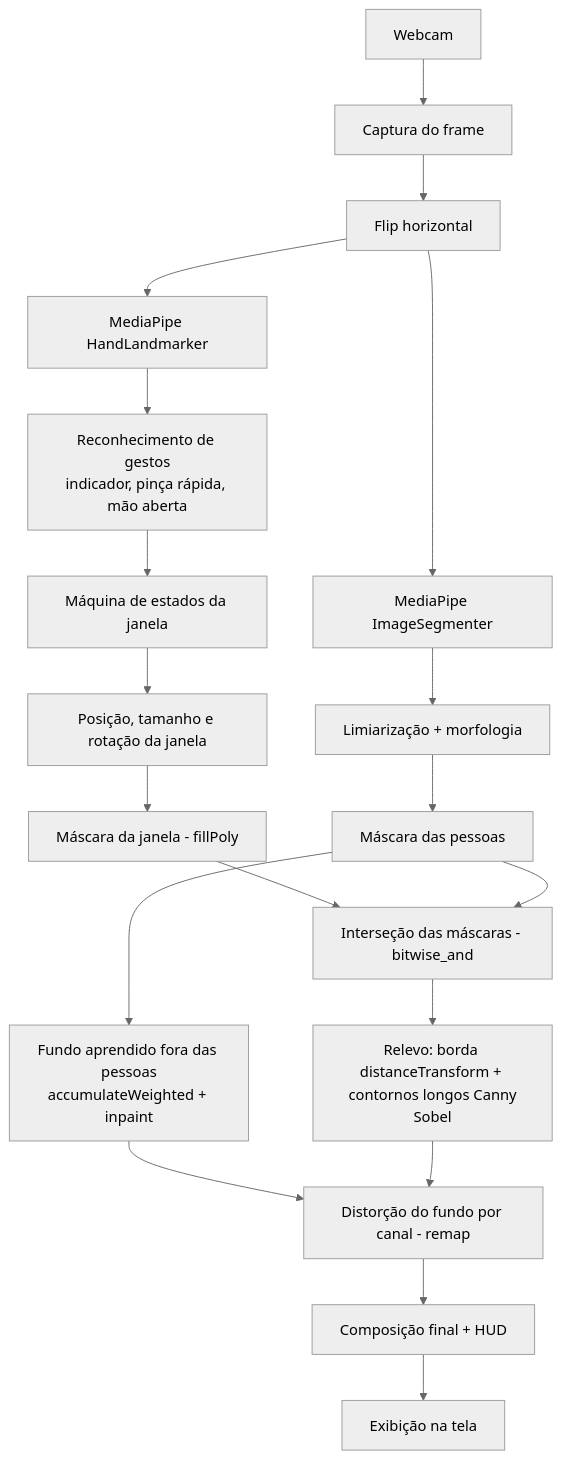
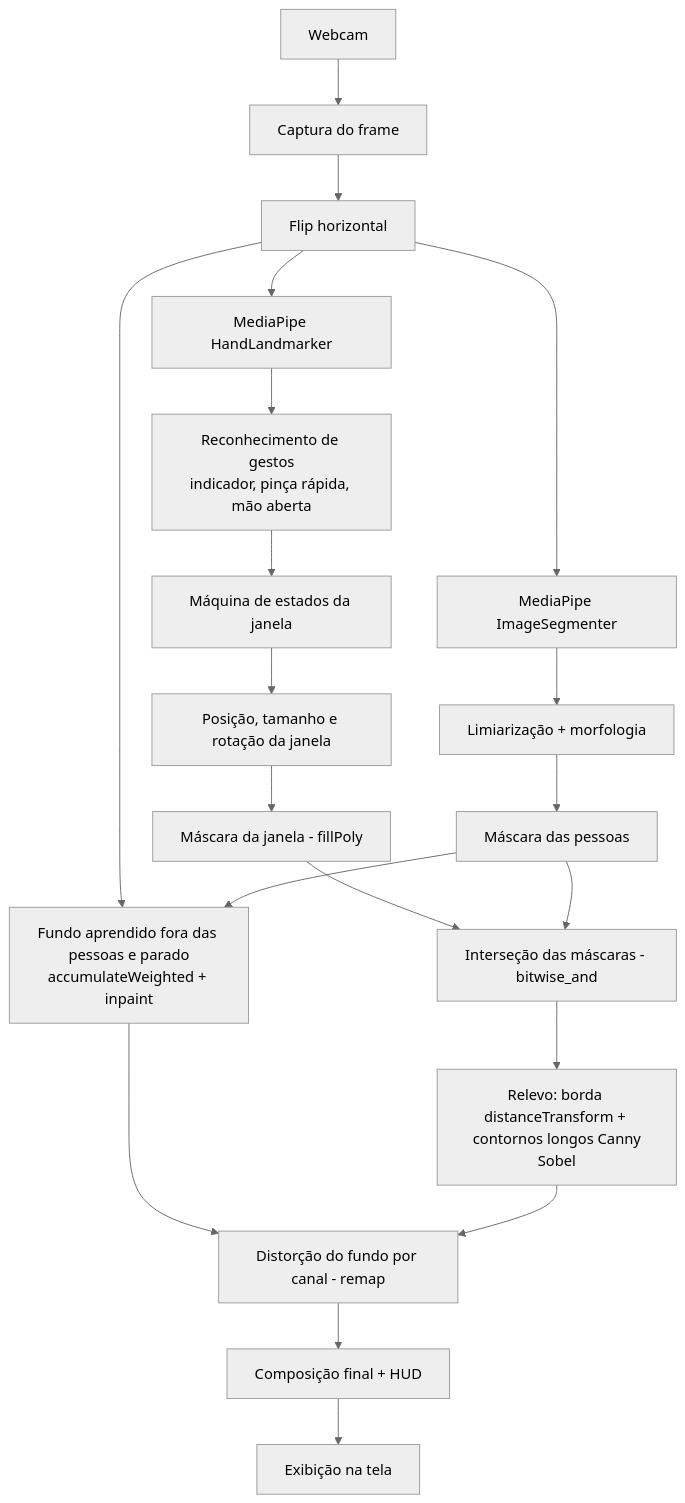
The first of 2 diagrams in README.md (hPedro11/invisible-box), drawn with Mermaid (neutral theme) before and after one commit. The commit also changed other lines of this file and 6 other files, not shown here.

````diff
--- a/README.md
+++ b/README.md
@@ -50,24 +50,25 @@
 ```mermaid
 flowchart TD
     A[Webcam] --> B[Captura do frame]
     B --> C[Flip horizontal]
     C --> D[MediaPipe HandLandmarker]
     C --> E[MediaPipe ImageSegmenter]
 
     D --> F[Reconhecimento de gestos<br/>indicador, pinça rápida, mão aberta]
     F --> G[Máquina de estados da janela]
     G --> H[Posição, tamanho e rotação da janela]
     H --> I[Máscara da janela - fillPoly]
 
     E --> K[Limiarização + morfologia]
     K --> L[Máscara das pessoas]
-    L --> J[Fundo aprendido fora das pessoas<br/>accumulateWeighted + inpaint]
+    C --> J
+    L --> J[Fundo aprendido fora das pessoas e parado<br/>accumulateWeighted + inpaint]
 
     I --> M[Interseção das máscaras - bitwise_and]
     L --> M
     M --> N[Relevo: borda distanceTransform + contornos longos Canny<br/>Sobel]
     J --> O
     N --> O[Distorção do fundo por canal - remap]
     O --> P[Composição final + HUD]
     P --> Q[Exibição na tela]
 ```
````
